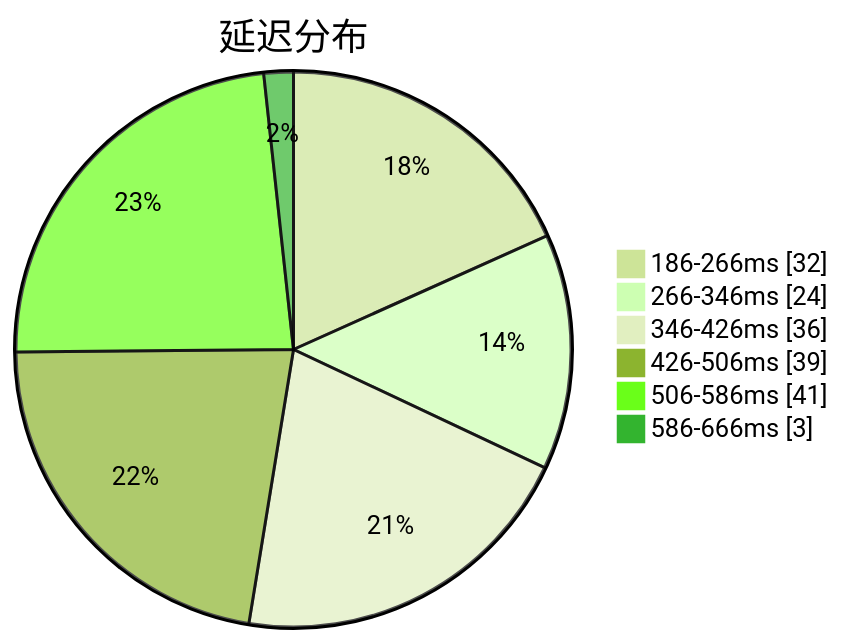
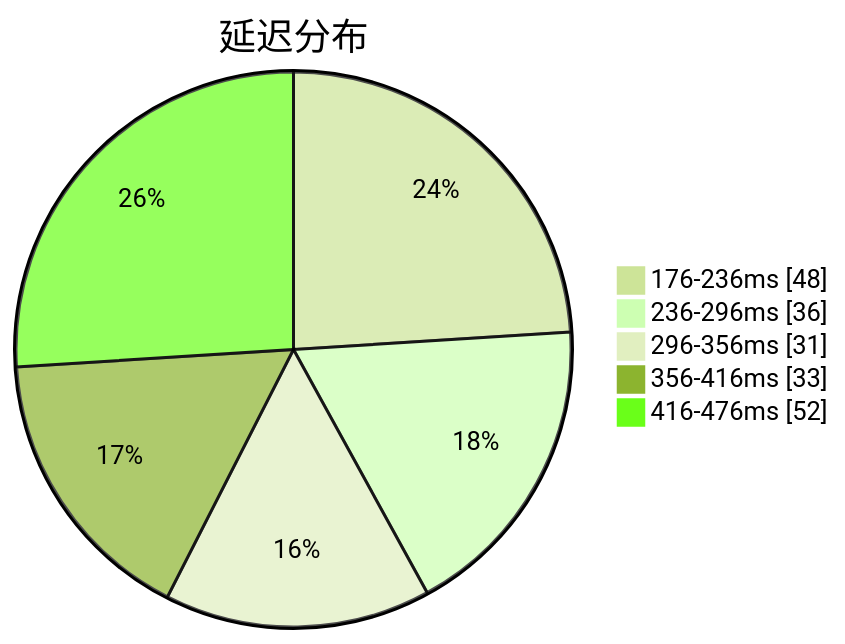
Before and after one commit to qjlxg/airport: the first of 3 diagrams in subs/statistics/tested_within.md, drawn with Mermaid (forest theme). The commit also changed other lines of this file and 2 other files, not shown here.

````diff
--- a/subs/statistics/tested_within.md
+++ b/subs/statistics/tested_within.md
@@ -2,10 +2,9 @@
 ```mermaid
 pie showData
 title 延迟分布
-"186-266ms" : 32
-"266-346ms" : 24
-"346-426ms" : 36
-"426-506ms" : 39
-"506-586ms" : 41
-"586-666ms" : 3
+"176-236ms" : 48
+"236-296ms" : 36
+"296-356ms" : 31
+"356-416ms" : 33
+"416-476ms" : 52
 ```
````
